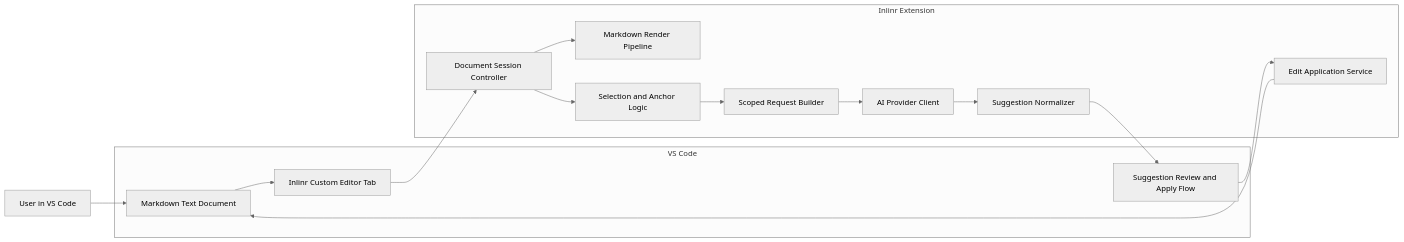
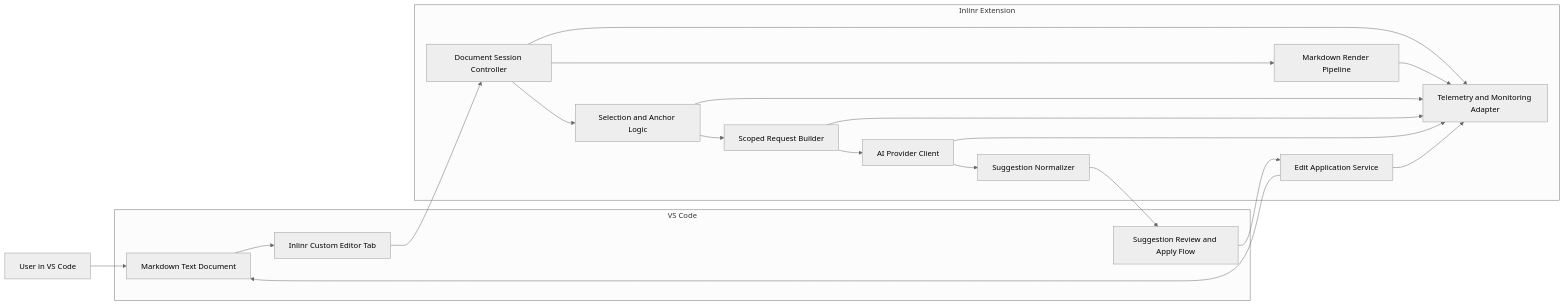
The diagram in architecture/high-level-architecture.md (andystumpp/inlinr), drawn with Mermaid (neutral theme) before and after one commit. The commit also changed other lines of this file and 34 other files, not shown here.

````diff
--- a/architecture/high-level-architecture.md
+++ b/architecture/high-level-architecture.md
@@ -20,32 +23,39 @@
 ```mermaid
 flowchart LR
     user[User in VS Code]
 
     subgraph editor[VS Code]
         markdown[Markdown Text Document]
         custom[Inlinr Custom Editor Tab]
         review[Suggestion Review and Apply Flow]
     end
 
     subgraph extension[Inlinr Extension]
         session[Document Session Controller]
         render[Markdown Render Pipeline]
         anchor[Selection and Anchor Logic]
         request[Scoped Request Builder]
         provider[AI Provider Client]
         normalize[Suggestion Normalizer]
         apply[Edit Application Service]
+        telemetry[Telemetry and Monitoring Adapter]
     end
 
     user --> markdown
     markdown --> custom
     custom --> session
     session --> render
     session --> anchor
     anchor --> request
     request --> provider
     provider --> normalize
     normalize --> review
     review --> apply
     apply --> markdown
+    session --> telemetry
+    render --> telemetry
+    anchor --> telemetry
+    request --> telemetry
+    provider --> telemetry
+    apply --> telemetry
 ```
````
